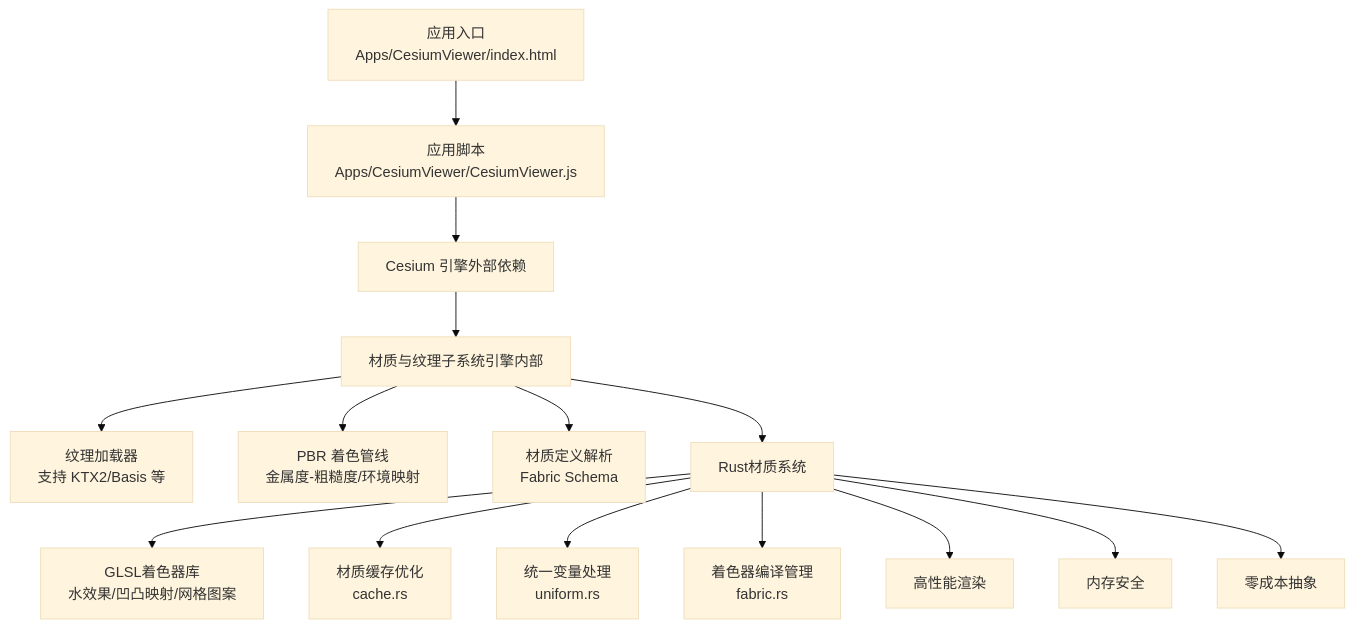
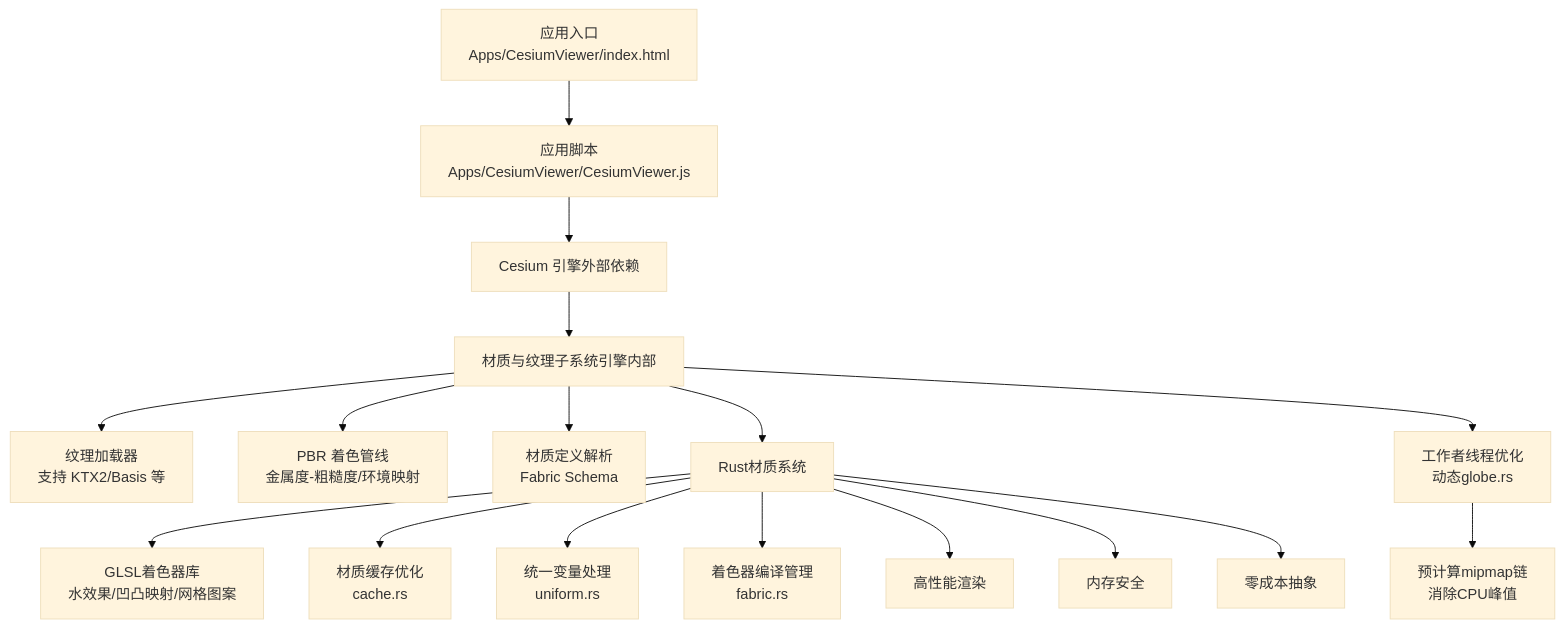
The first of 11 diagrams in .qoder/repowiki/zh/content/项目概述/核心特性/3D渲染引擎/材质与纹理系统.md (rzhangjing/cesium), drawn with Mermaid (base theme) before and after one commit. The commit also changed other lines of this file and 5 other files, not shown here.

````diff
--- a/.qoder/repowiki/zh/content/项目概述/核心特性/3D渲染引擎/材质与纹理系统.md
+++ b/.qoder/repowiki/zh/content/项目概述/核心特性/3D渲染引擎/材质与纹理系统.md
@@ -64,17 +68,19 @@
 ```mermaid
 graph TB
 A["应用入口<br/>Apps/CesiumViewer/index.html"] --> B["应用脚本<br/>Apps/CesiumViewer/CesiumViewer.js"]
 B --> C["Cesium 引擎外部依赖"]
 C --> D["材质与纹理子系统引擎内部"]
 D --> E["纹理加载器<br/>支持 KTX2/Basis 等"]
 D --> F["PBR 着色管线<br/>金属度-粗糙度/环境映射"]
 D --> G["材质定义解析<br/>Fabric Schema"]
 D --> H["Rust材质系统<br/>fabric.rs/uniform.rs/cache.rs"]
 H --> I["GLSL着色器库<br/>水效果/凹凸映射/网格图案"]
 H --> J["材质缓存优化<br/>cache.rs"]
 H --> K["统一变量处理<br/>uniform.rs"]
 H --> L["着色器编译管理<br/>fabric.rs"]
 H["Rust材质系统"] --> M["高性能渲染"]
 H --> N["内存安全"]
 H --> O["零成本抽象"]
+D --> P["工作者线程优化<br/>动态globe.rs"]
+P --> Q["预计算mipmap链<br/>消除CPU峰值"]
 ```
````
